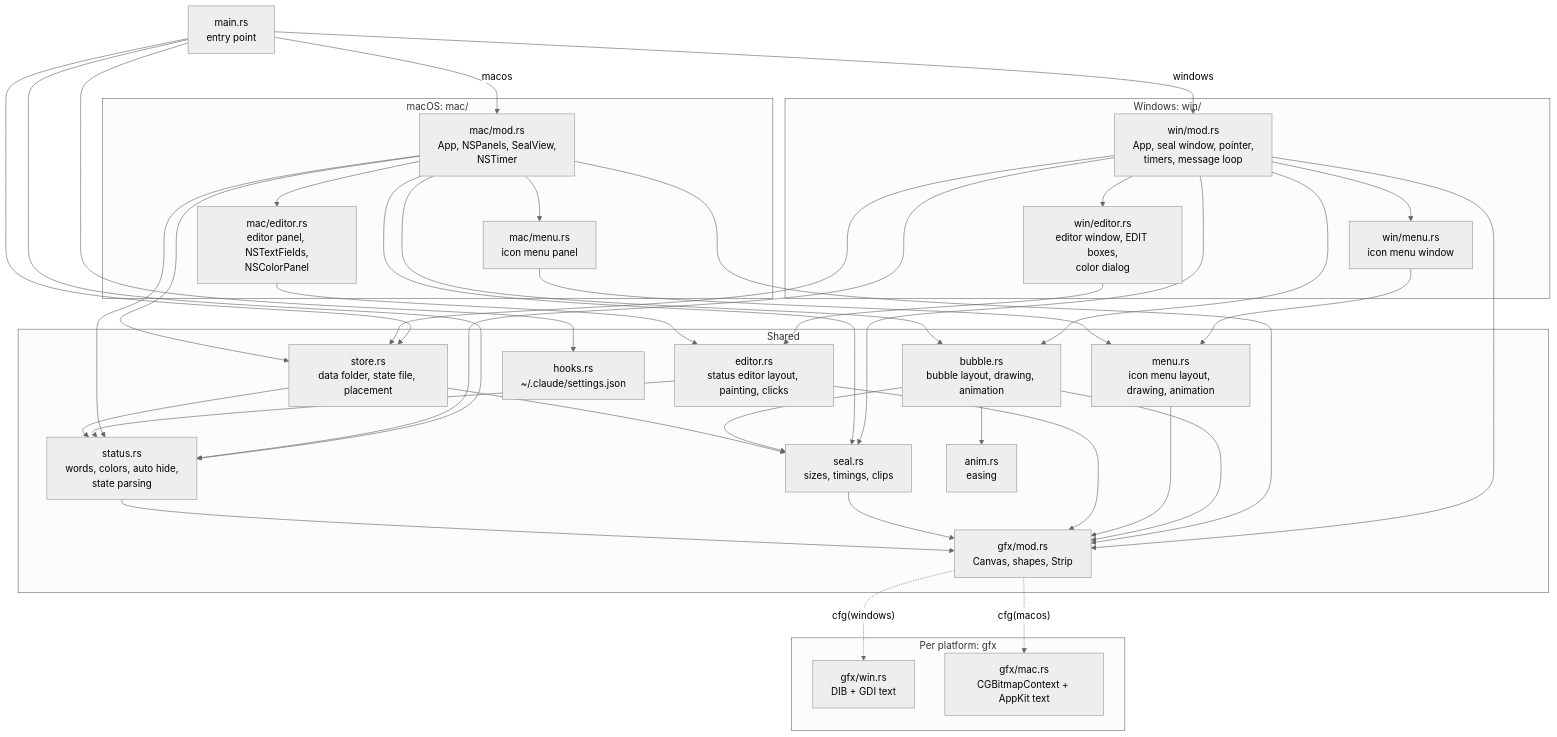
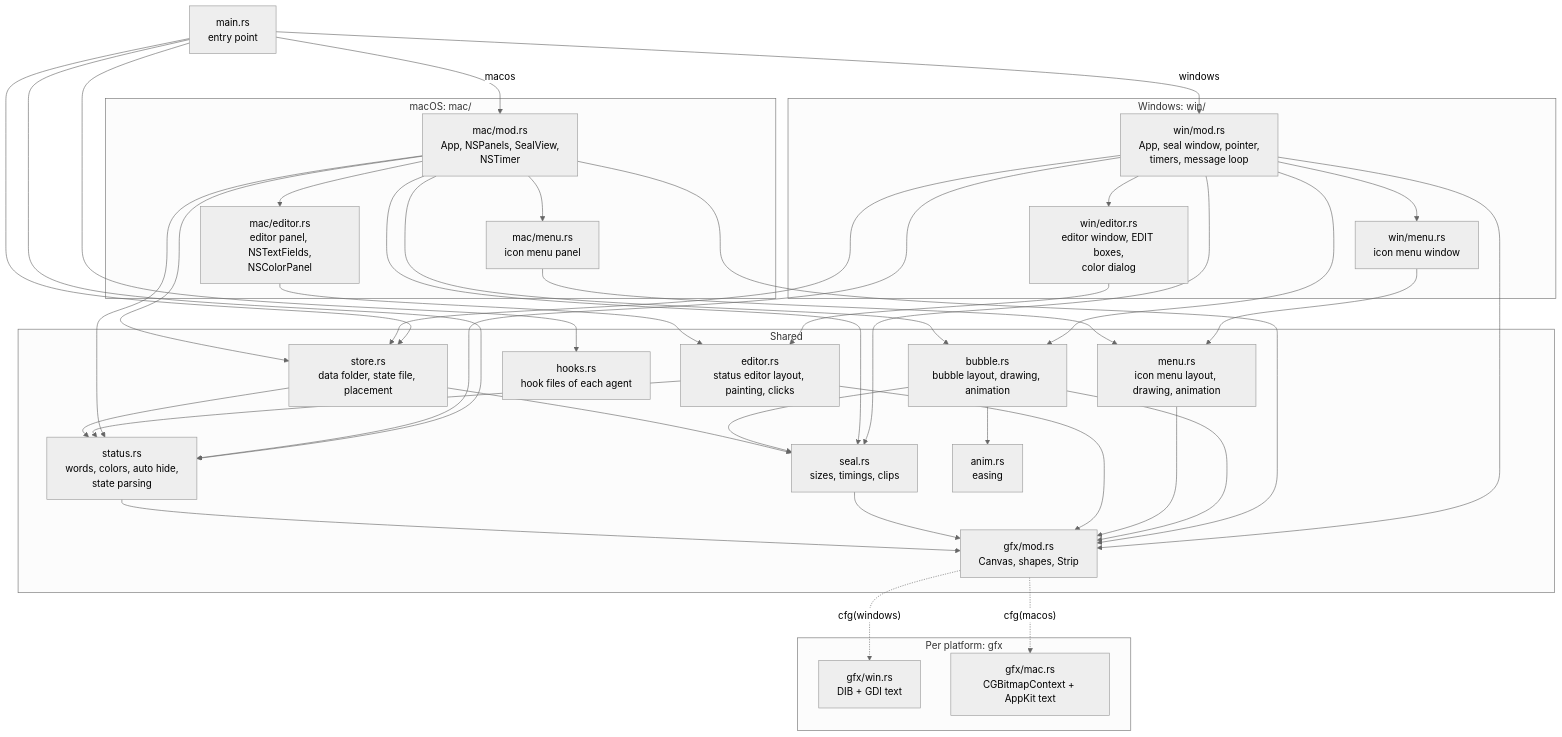
Before and after one commit to thanachaiakt/ai-mascot-hook: the second of 7 diagrams in docs/en/architecture.md, drawn with Mermaid (neutral theme). The commit also changed other lines of this file and 13 other files, not shown here.

````diff
--- a/docs/en/architecture.md
+++ b/docs/en/architecture.md
@@ -42,63 +42,63 @@
 ```mermaid
 flowchart TB
     main["main.rs<br/>entry point"]
 
     subgraph shared["Shared"]
         seal["seal.rs<br/>sizes, timings, clips"]
         store["store.rs<br/>data folder, state file, placement"]
         status["status.rs<br/>words, colors, auto hide,<br/>state parsing"]
         bubble["bubble.rs<br/>bubble layout, drawing, animation"]
         menu["menu.rs<br/>icon menu layout, drawing, animation"]
         editor["editor.rs<br/>status editor layout, painting, clicks"]
-        hooks["hooks.rs<br/>~/.claude/settings.json"]
+        hooks["hooks.rs<br/>hook files of each agent"]
         anim["anim.rs<br/>easing"]
         gfx["gfx/mod.rs<br/>Canvas, shapes, Strip"]
     end
 
     subgraph backends["Per platform: gfx"]
         gwin["gfx/win.rs<br/>DIB + GDI text"]
         gmac["gfx/mac.rs<br/>CGBitmapContext + AppKit text"]
     end
 
     subgraph win["Windows: win/"]
         wmod["win/mod.rs<br/>App, seal window, pointer,<br/>timers, message loop"]
         wmenu["win/menu.rs<br/>icon menu window"]
         wed["win/editor.rs<br/>editor window, EDIT boxes,<br/>color dialog"]
     end
 
     subgraph mac["macOS: mac/"]
         mmod["mac/mod.rs<br/>App, NSPanels, SealView,<br/>NSTimer"]
         mmenu["mac/menu.rs<br/>icon menu panel"]
         med["mac/editor.rs<br/>editor panel, NSTextFields,<br/>NSColorPanel"]
     end
 
     main --> hooks
     main --> status
     main --> store
     main -- "windows" --> wmod
     main -- "macos" --> mmod
 
     wmod --> wmenu
     wmod --> wed
     mmod --> mmenu
     mmod --> med
     wmenu & mmenu --> menu
     wed & med --> editor
     wmod & mmod --> bubble
     wmod & mmod --> seal
     wmod & mmod --> store
     wmod & mmod --> status
     wmod & mmod --> gfx
 
     bubble --> anim
     bubble --> gfx
     menu & editor --> gfx
     editor --> status
     bubble --> seal
     store --> seal
     store --> status
     seal --> gfx
     status --> gfx
     gfx -. "cfg(windows)" .-> gwin
     gfx -. "cfg(macos)" .-> gmac
 ```
````
